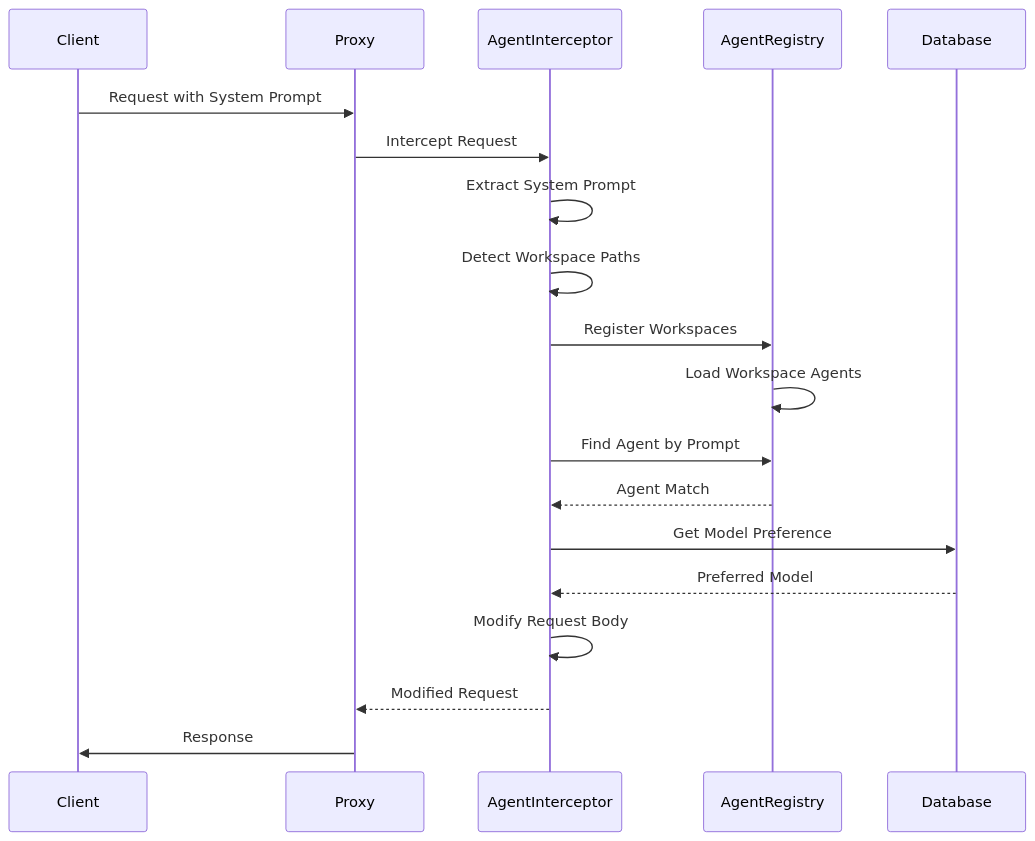
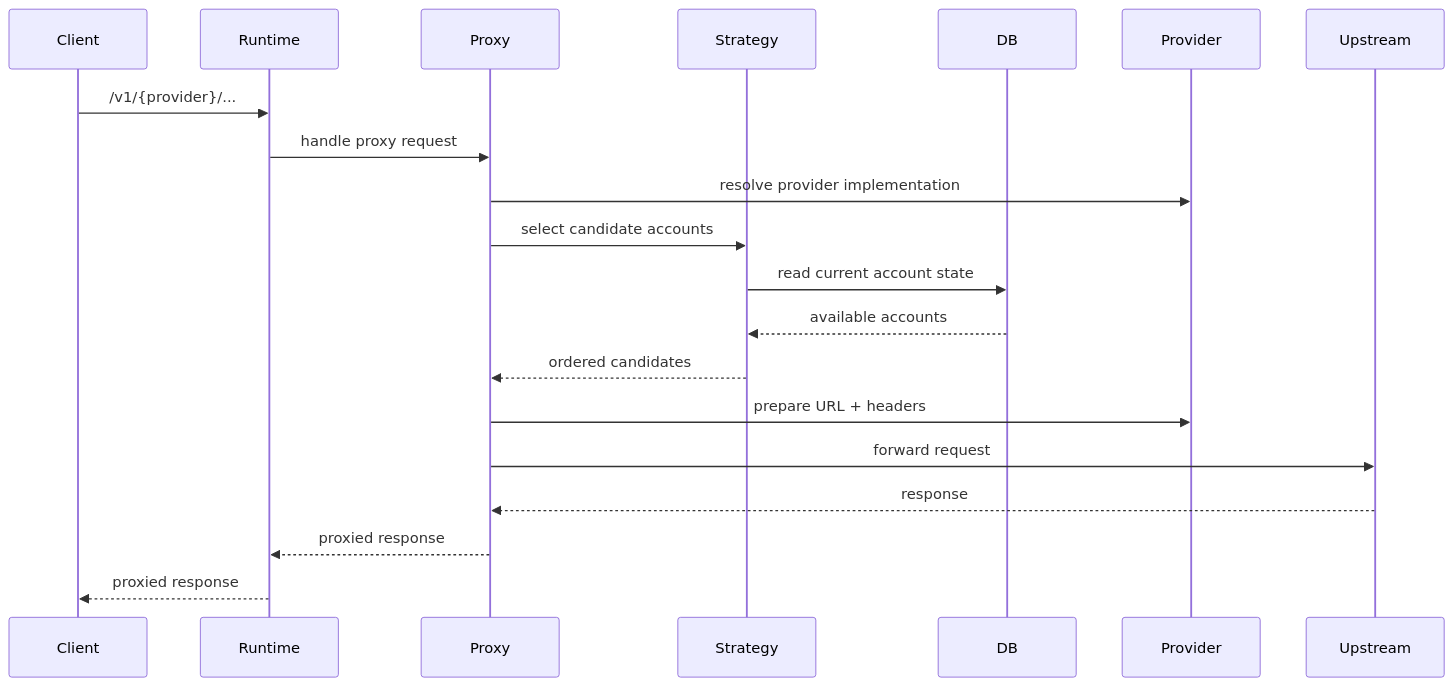
Before and after one commit to zenprocess/better-ccflare: the fourth of 4 diagrams in docs/architecture.md, drawn with Mermaid. The commit also changed other lines of this file and 1026 other files, not shown here.

````diff
--- a/docs/architecture.md
+++ b/docs/architecture.md
@@ -572,22 +213,23 @@
 ```mermaid
 sequenceDiagram
     participant Client
+    participant Runtime
     participant Proxy
-    participant AgentInterceptor
-    participant AgentRegistry
-    participant Database
-    
-    Client->>Proxy: Request with System Prompt
-    Proxy->>AgentInterceptor: Intercept Request
-    AgentInterceptor->>AgentInterceptor: Extract System Prompt
-    AgentInterceptor->>AgentInterceptor: Detect Workspace Paths
-    AgentInterceptor->>AgentRegistry: Register Workspaces
-    AgentRegistry->>AgentRegistry: Load Workspace Agents
-    AgentInterceptor->>AgentRegistry: Find Agent by Prompt
-    AgentRegistry-->>AgentInterceptor: Agent Match
-    AgentInterceptor->>Database: Get Model Preference
-    Database-->>AgentInterceptor: Preferred Model
-    AgentInterceptor->>AgentInterceptor: Modify Request Body
-    AgentInterceptor-->>Proxy: Modified Request
-    Proxy->>Client: Response
+    participant Strategy
+    participant DB
+    participant Provider
+    participant Upstream
+
+    Client->>Runtime: /v1/{provider}/...
+    Runtime->>Proxy: handle proxy request
+    Proxy->>Provider: resolve provider implementation
+    Proxy->>Strategy: select candidate accounts
+    Strategy->>DB: read current account state
+    DB-->>Strategy: available accounts
+    Strategy-->>Proxy: ordered candidates
+    Proxy->>Provider: prepare URL + headers
+    Proxy->>Upstream: forward request
+    Upstream-->>Proxy: response
+    Proxy-->>Runtime: proxied response
+    Runtime-->>Client: proxied response
 ```
````
